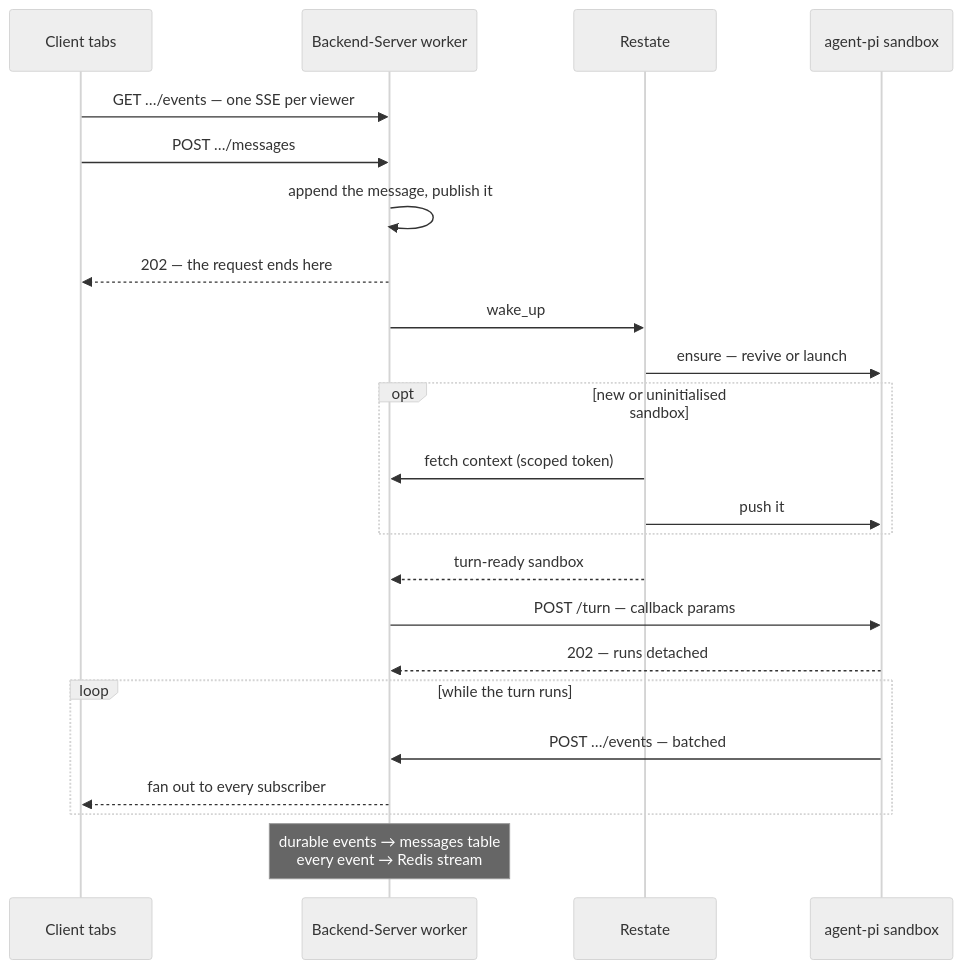
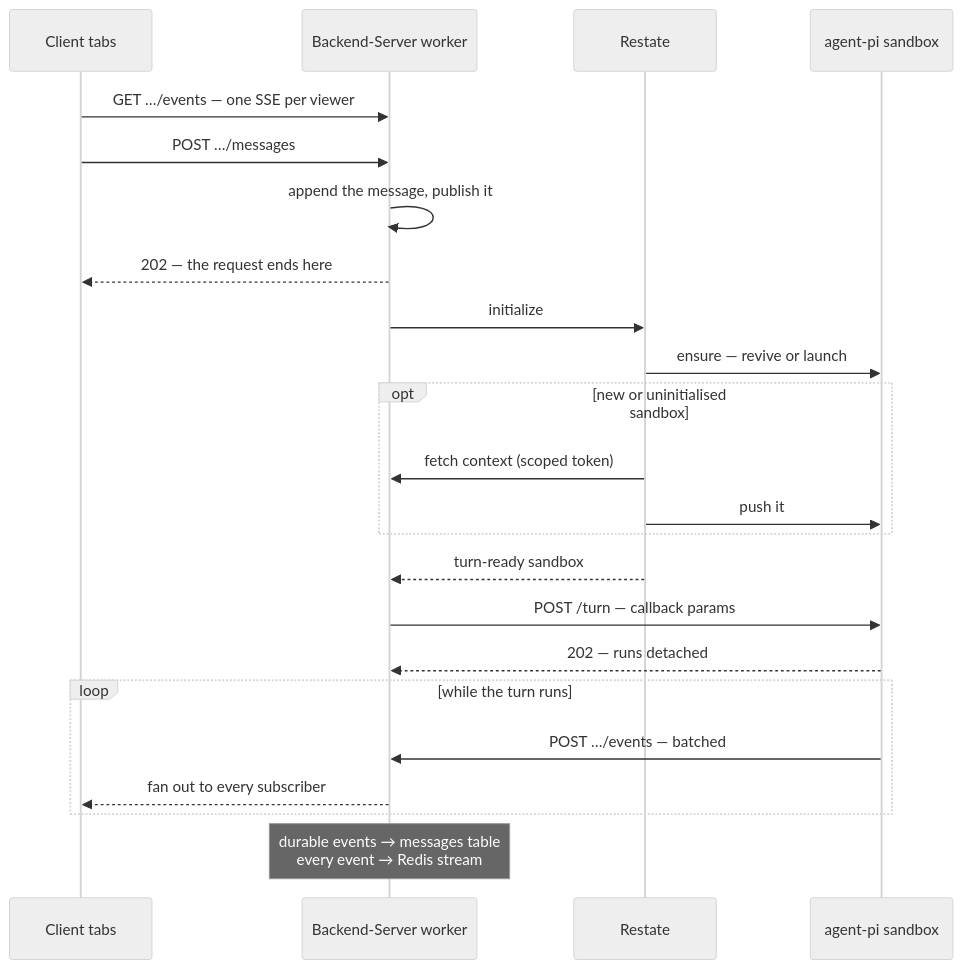
Before and after one commit to Solstice-Health/engineering-specs: the second of 2 diagrams in plans/SOL-3202-chat-turn-control-flow.md, drawn with Mermaid (neutral theme). The commit also changed other lines of this file, not shown here.

Commit message:
SOL-3202: rename wake_up to initialize

````diff
--- a/plans/SOL-3202-chat-turn-control-flow.md
+++ b/plans/SOL-3202-chat-turn-control-flow.md
@@ -97,25 +97,25 @@
 ```mermaid
 sequenceDiagram
     participant C as Client tabs
     participant BE as Backend-Server worker
     participant RS as Restate
     participant S as agent-pi sandbox
     C->>BE: GET …/events — one SSE per viewer
     C->>BE: POST …/messages
     BE->>BE: append the message, publish it
     BE-->>C: 202 — the request ends here
-    BE->>RS: wake_up
+    BE->>RS: initialize
     RS->>S: ensure — revive or launch
     opt new or uninitialised sandbox
         RS->>BE: fetch context (scoped token)
         RS->>S: push it
     end
     RS-->>BE: turn-ready sandbox
     BE->>S: POST /turn — callback params
     S-->>BE: 202 — runs detached
     loop while the turn runs
         S->>BE: POST …/events — batched
         BE-->>C: fan out to every subscriber
     end
     Note over BE: durable events → messages table<br/>every event → Redis stream
 ```
````
